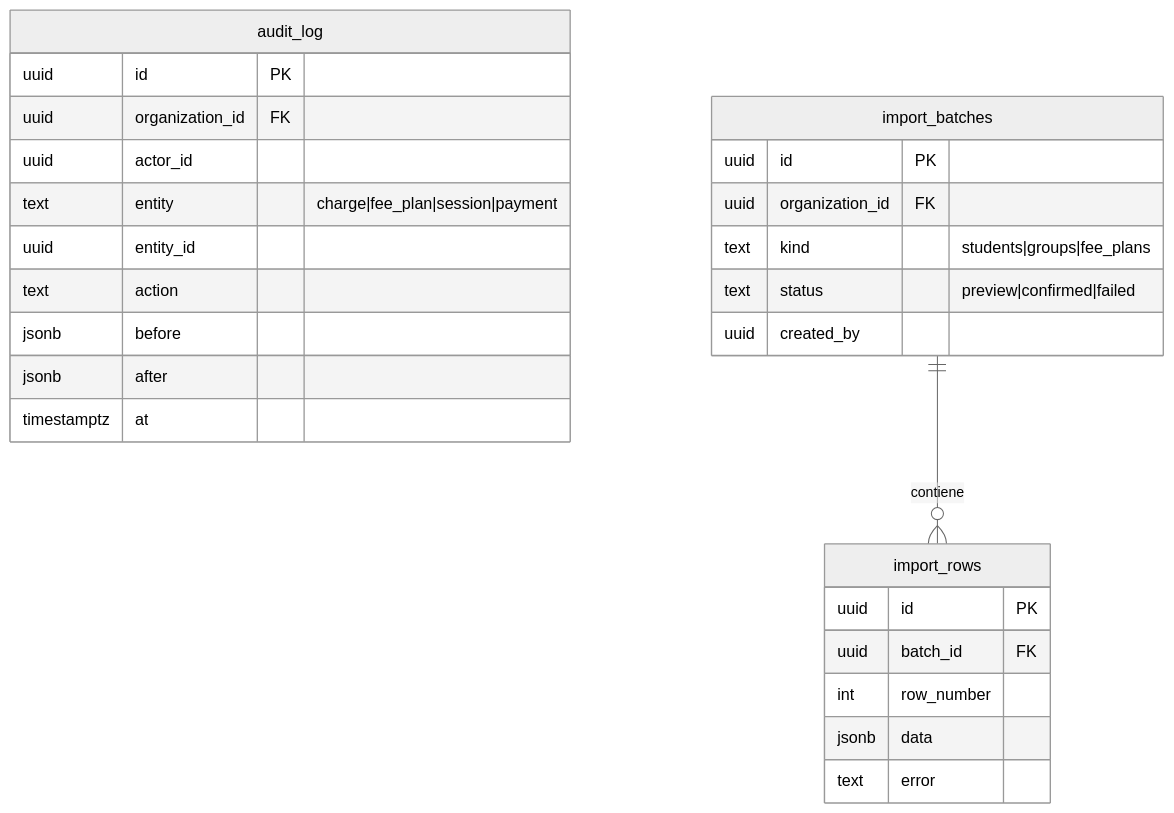
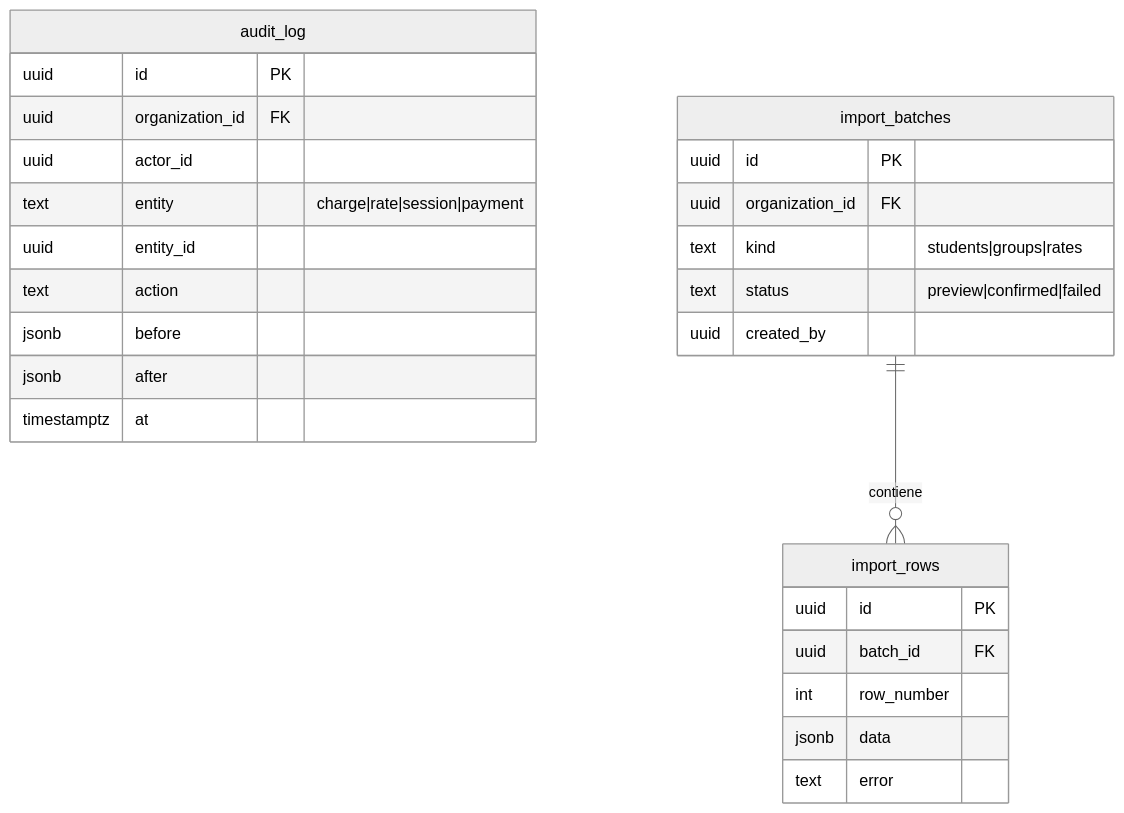
Before and after one commit to paf106/aprende-padel-academy-manager-web: the fifth of 6 diagrams in docs/DATABASE.md, drawn with Mermaid (neutral theme). The commit also changed other lines of this file and 1 other file, not shown here.

Commit message:
docs: describe rates, offers, credits, extra charges and courses

````diff
--- a/docs/DATABASE.md
+++ b/docs/DATABASE.md
@@ -379,29 +453,29 @@
 ```mermaid
 erDiagram
     audit_log {
         uuid id PK
         uuid organization_id FK
         uuid actor_id
-        text entity "charge|fee_plan|session|payment"
+        text entity "charge|rate|session|payment"
         uuid entity_id
         text action
         jsonb before
         jsonb after
         timestamptz at
     }
     import_batches ||--o{ import_rows : contiene
     import_batches {
         uuid id PK
         uuid organization_id FK
-        text kind "students|groups|fee_plans"
+        text kind "students|groups|rates"
         text status "preview|confirmed|failed"
         uuid created_by
     }
     import_rows {
         uuid id PK
         uuid batch_id FK
         int row_number
         jsonb data
         text error
     }
 ```
````
